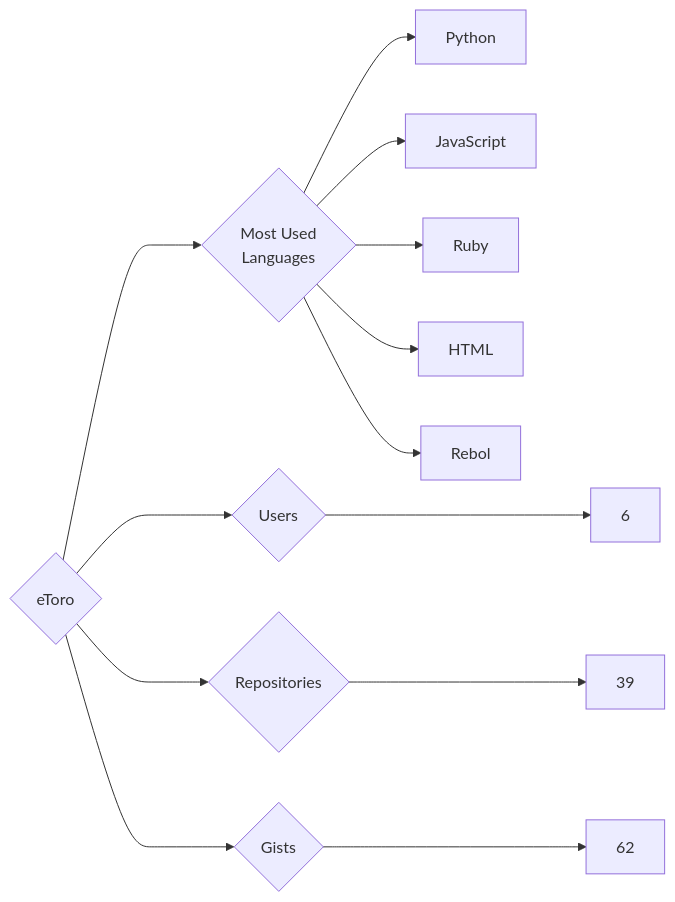
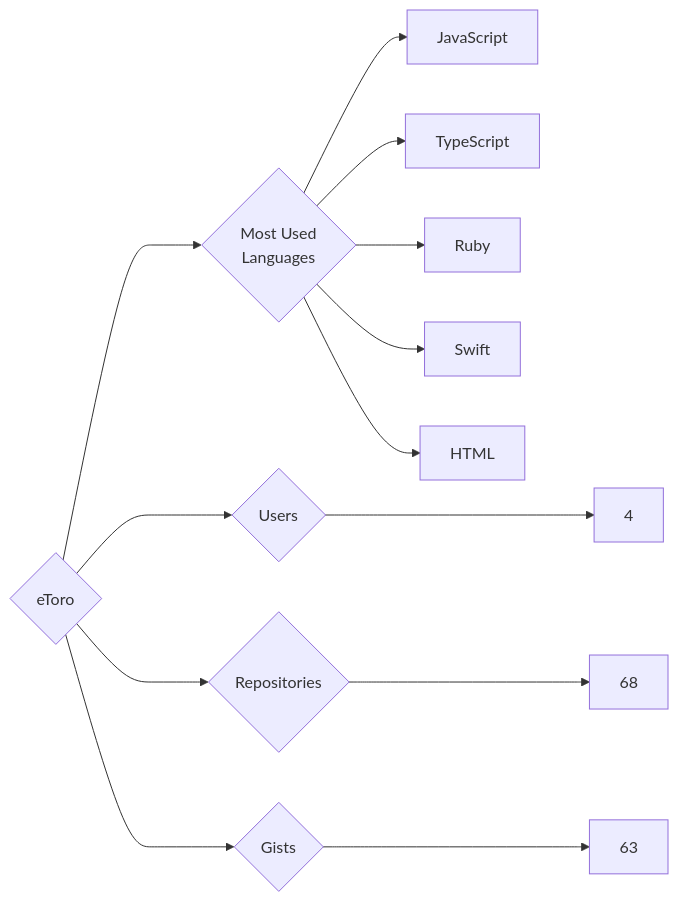
Before and after one commit to trickest/insiders: the diagram in targets/eToro/README.md, drawn with Mermaid. The commit also changed 640 other files, not shown here.

````diff
--- a/targets/eToro/README.md
+++ b/targets/eToro/README.md
@@ -3,13 +3,13 @@
 ```mermaid
 graph LR
 COMPANY_NAME{eToro}
-COMPANY_NAME ---> U{Users} ---> UN[6]
-COMPANY_NAME ---> R{Repositories} ---> RN[39]
-COMPANY_NAME ---> G{Gists} ---> GN[62]
+COMPANY_NAME ---> U{Users} ---> UN[4]
+COMPANY_NAME ---> R{Repositories} ---> RN[68]
+COMPANY_NAME ---> G{Gists} ---> GN[63]
 COMPANY_NAME ---> ML{Most Used<br>Languages}
-ML --> Python[Python]
 ML --> JavaScript[JavaScript]
+ML --> TypeScript[TypeScript]
 ML --> Ruby[Ruby]
+ML --> Swift[Swift]
 ML --> HTML[HTML]
-ML --> Rebol[Rebol]
 ```
````
